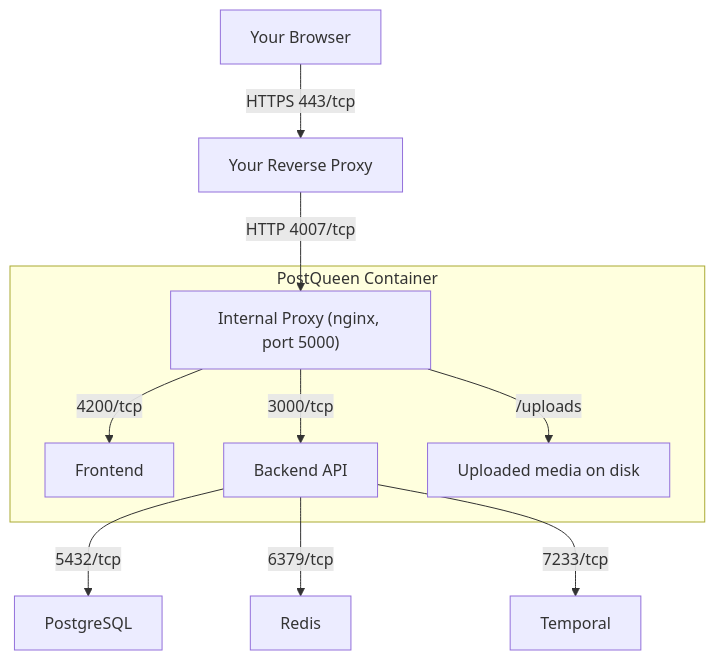
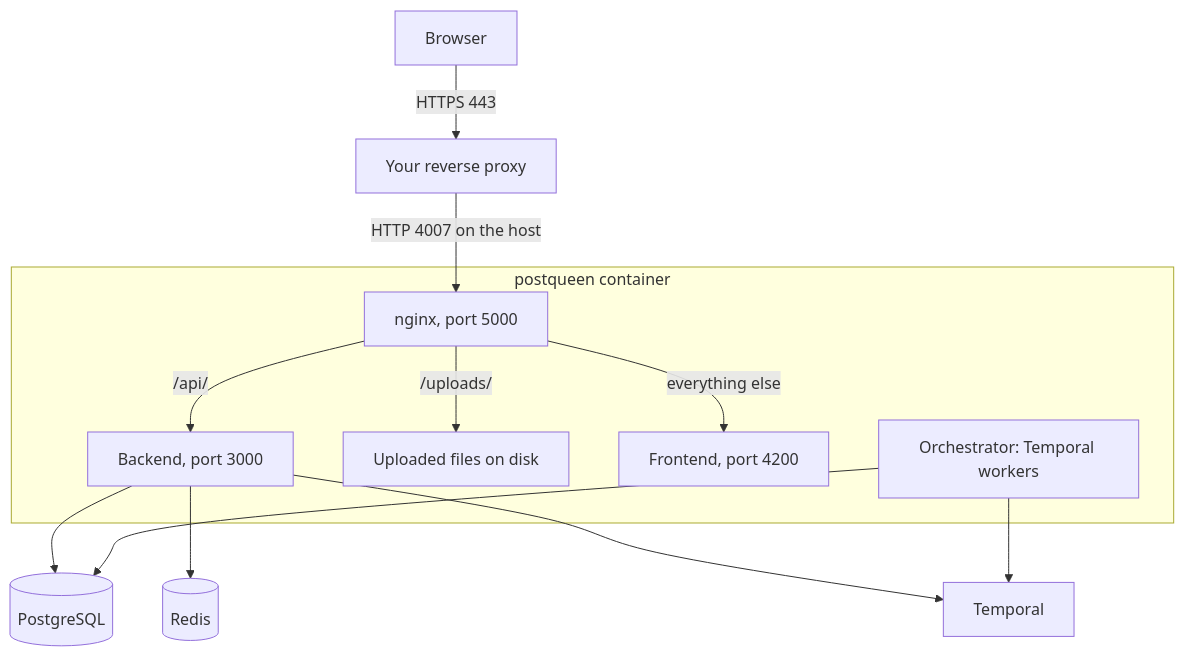
One commit to GkhanKINAY/postqueen-docs changed the diagram in installation/overview.mdx. Above: the diagram before and after it, drawn with Mermaid. The commit also changed other lines of this file and 14 other files, not shown here.

````diff
--- a/installation/overview.mdx
+++ b/installation/overview.mdx
@@ -35,15 +40,18 @@
 ```mermaid
 graph TD;
-	A[Your Browser] -->|HTTPS 443/tcp| B[Your Reverse Proxy]
-	B -->|HTTP 4007/tcp| C["Internal Proxy (nginx, port 5000)"]
+  A[Browser] -->|HTTPS 443| B[Your reverse proxy]
+  B -->|HTTP 4007 on the host| C["nginx, port 5000"]
 
-	subgraph "PostQueen Container"
-	C -->|4200/tcp| D[Frontend]
-	C -->|3000/tcp| E[Backend API]
-	C -->|/uploads| F[Uploaded media on disk]
-	end
+  subgraph "postqueen container"
+    C -->|"/api/"| E[Backend, port 3000]
+    C -->|"/uploads/"| F[Uploaded files on disk]
+    C -->|everything else| D[Frontend, port 4200]
+    J[Orchestrator: Temporal workers]
+  end
 
-	E -->|5432/tcp| G[PostgreSQL]
-	E -->|6379/tcp| H[Redis]
-	E -->|7233/tcp| I[Temporal]
+  E --> G[(PostgreSQL)]
+  E --> H[(Redis)]
+  E --> I[Temporal]
+  J --> I
+  J --> G
 ```
````
